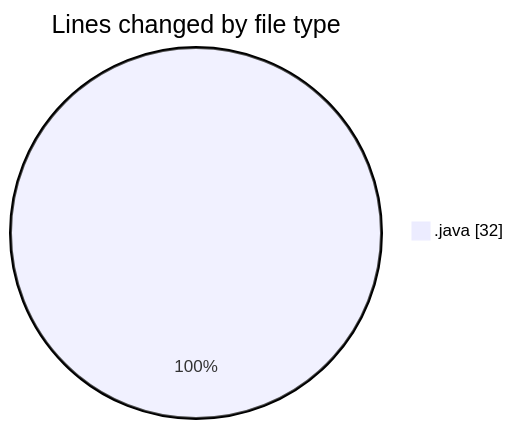
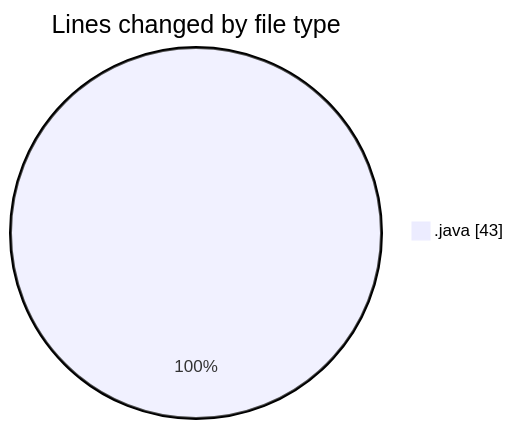
Before and after one commit to NitaiMahat/code-tracking: the first of 2 diagrams in 2025-03-08/computer_202/README.md, drawn with Mermaid. The commit also changed other lines of this file and 1 other file, not shown here.

````diff
--- a/2025-03-08/computer_202/README.md
+++ b/2025-03-08/computer_202/README.md
@@ -20,5 +20,5 @@
 ```mermaid
 pie showData
 title Lines changed by file type
-".java" : 32
+".java" : 43
 ```
````
